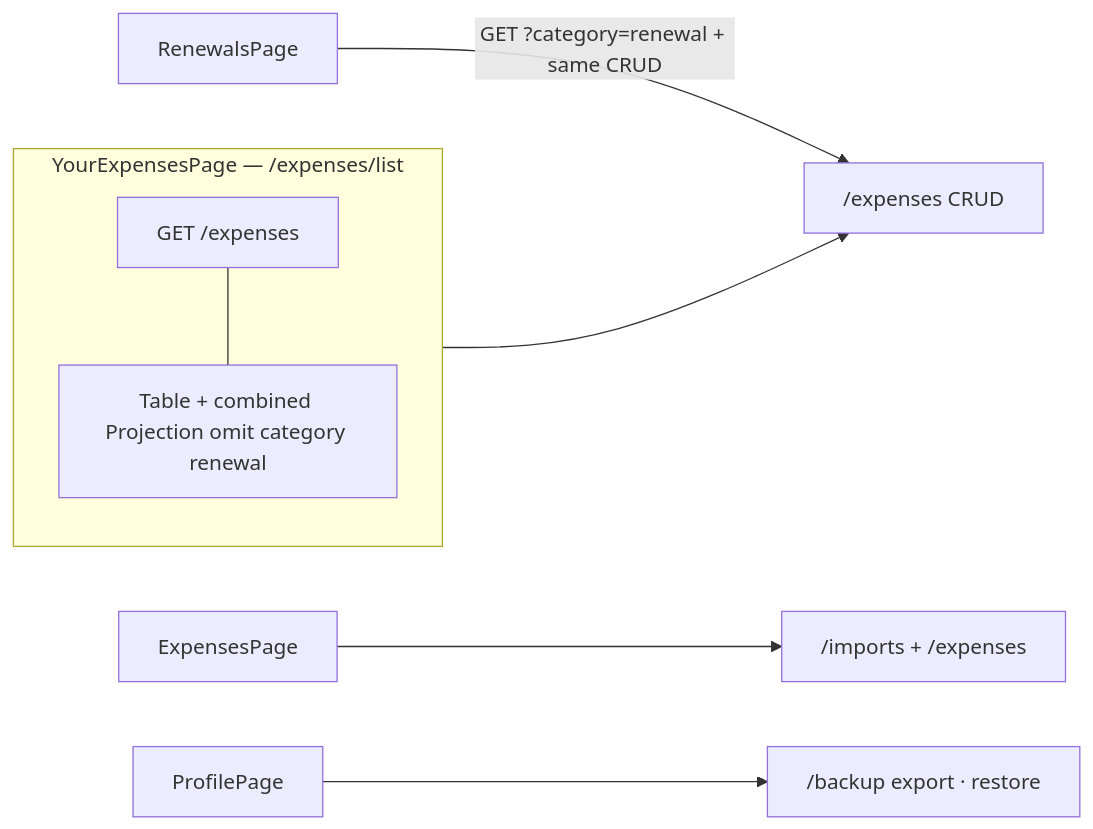
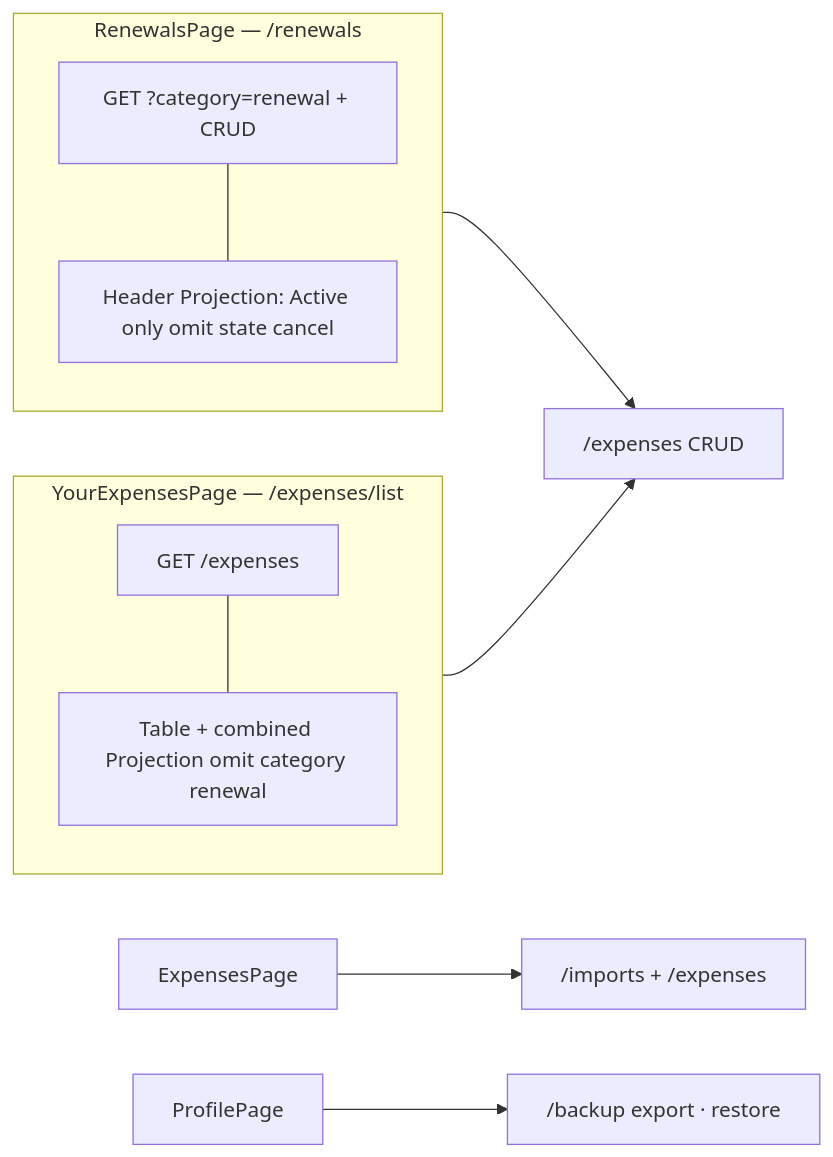
Before and after one commit to becomeonewiththecode/expense_tracker: the eighth of 16 diagrams in docs/ARCHITECTURE_DIAGRAM.md, drawn with Mermaid. The commit also changed other lines of this file and 5 other files, not shown here.

First line of the commit message:
Renewals Projection: exclude Cancel state; sync docs

````diff
--- a/docs/ARCHITECTURE_DIAGRAM.md
+++ b/docs/ARCHITECTURE_DIAGRAM.md
@@ -277,13 +277,19 @@
 ```mermaid
 flowchart LR
   EP[ExpensesPage] --> IM["/imports + /expenses"]
   subgraph YEP["YourExpensesPage — /expenses/list"]
     direction TB
     YG["GET /expenses"]
     YV["Table + combined Projection omit category renewal"]
     YG --- YV
   end
-  NRP[RenewalsPage] -->|"GET ?category=renewal + same CRUD"| EX["/expenses CRUD"]
+  subgraph NRP["RenewalsPage — /renewals"]
+    direction TB
+    NG["GET ?category=renewal + CRUD"]
+    NV["Header Projection: Active only omit state cancel"]
+    NG --- NV
+  end
+  NRP --> EX["/expenses CRUD"]
   YEP --> EX
   PP[ProfilePage] --> BK["/backup export · restore"]
 ```
````
